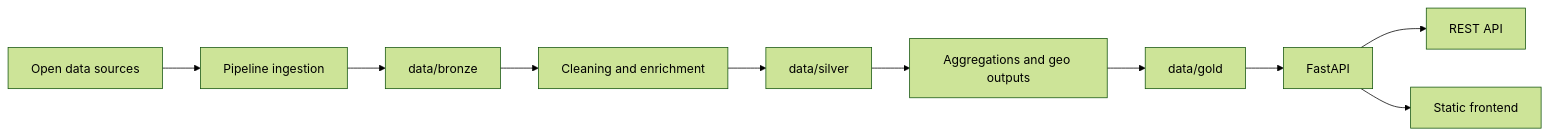
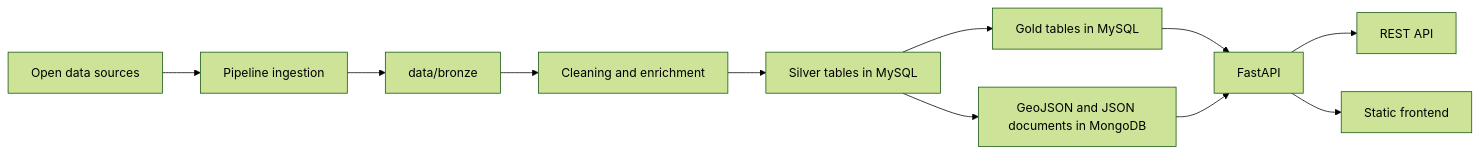
Before and after one commit to ilya32e/UrbanDataExplorer: the diagram in README.md, drawn with Mermaid (forest theme). The commit also changed other lines of this file and 20 other files, not shown here.

````diff
--- a/README.md
+++ b/README.md
@@ -48,12 +49,13 @@
 ```mermaid
 flowchart LR
     A[Open data sources] --> B[Pipeline ingestion]
     B --> C[data/bronze]
     C --> D[Cleaning and enrichment]
-    D --> E[data/silver]
-    E --> F[Aggregations and geo outputs]
-    F --> G[data/gold]
+    D --> E[Silver tables in MySQL]
+    E --> F[Gold tables in MySQL]
+    E --> G[GeoJSON and JSON documents in MongoDB]
+    F --> H[FastAPI]
     G --> H[FastAPI]
     H --> I[REST API]
     H --> J[Static frontend]
 ```
````
